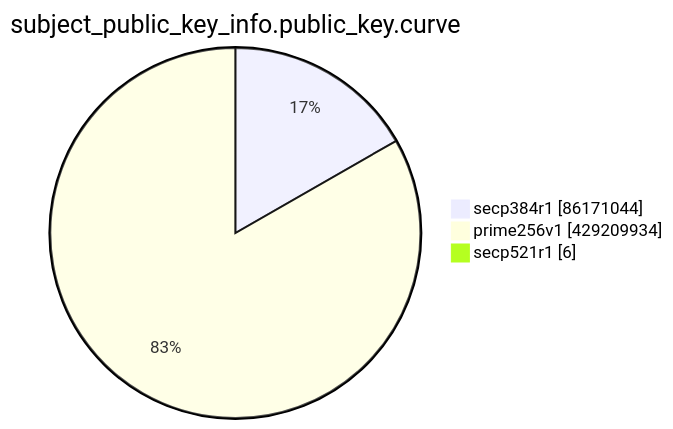
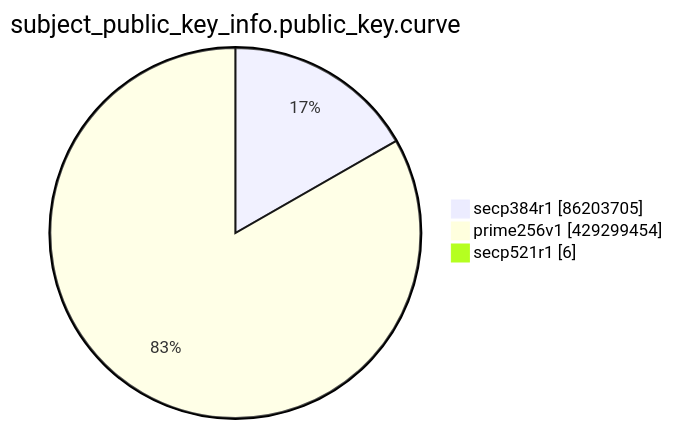
The eighth of 15 diagrams in TOTAL/README.md (christiankrug/ctmonitor_visualization), drawn with Mermaid before and after one commit. The commit also changed other lines of this file, not shown here.

````diff
--- a/TOTAL/README.md
+++ b/TOTAL/README.md
@@ -3100,7 +3100,7 @@
 ```mermaid
 pie showData
 title subject_public_key_info.public_key.curve
-"secp384r1" :86171044
-"prime256v1" :429209934
+"secp384r1" :86203705
+"prime256v1" :429299454
 "secp521r1" :6
 ```
````
